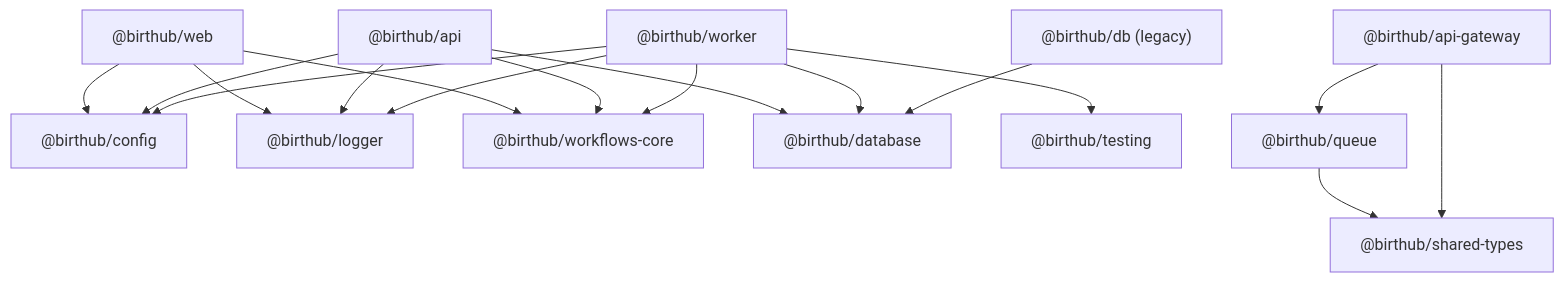
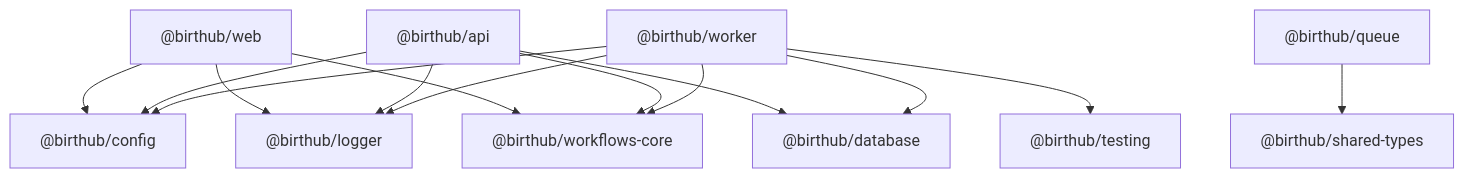
The diagram in docs/architecture/internal-package-graph.md (MaarksN/PROJETO-FINAL-BIRTHUB-360-INNOVATION), drawn with Mermaid before and after one commit. The commit also changed other lines of this file and 16 other files, not shown here.

````diff
--- a/docs/architecture/internal-package-graph.md
+++ b/docs/architecture/internal-package-graph.md
@@ -5,19 +5,16 @@
 ```mermaid
 graph TD
   web["@birthub/web"] --> config["@birthub/config"]
   web --> logger["@birthub/logger"]
   web --> workflows["@birthub/workflows-core"]
   api["@birthub/api"] --> database["@birthub/database"]
   api --> config
   api --> logger
   api --> workflows
   worker["@birthub/worker"] --> database
   worker --> config
   worker --> logger
   worker --> workflows
   worker --> testing["@birthub/testing"]
   queue["@birthub/queue"] --> sharedTypes["@birthub/shared-types"]
-  apiGateway["@birthub/api-gateway"] --> queue
-  apiGateway --> sharedTypes
-  dbCompat["@birthub/db (legacy)"] --> database
 ```
````
